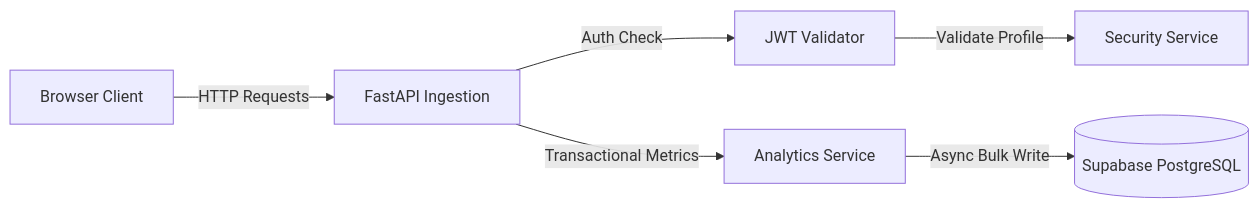
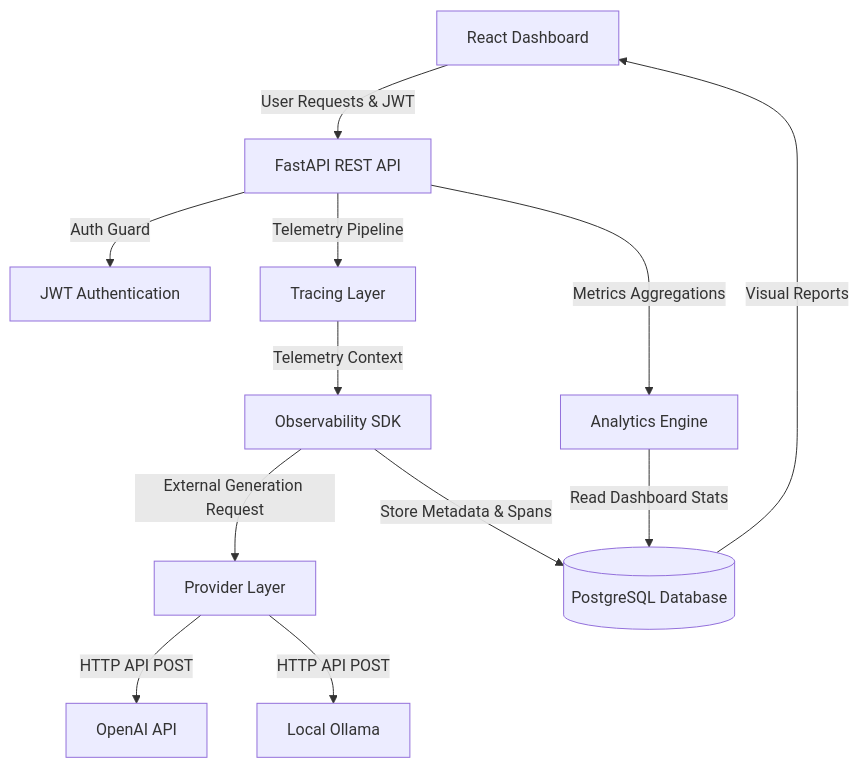
Before and after one commit to Sakshisrivastava01/llm-observability-pipeline: the first of 2 diagrams in README.md, drawn with Mermaid. The commit also changed other lines of this file, not shown here.

Commit message:
docs: align README with actual LLM observability platform

````diff
--- a/README.md
+++ b/README.md
@@ -53,8 +60,14 @@
 ```mermaid
-flowchart LR
-    Browser[Browser Client] -->|HTTP Requests| Gateway[FastAPI Ingestion]
-    Gateway -->|Auth Check| JWT[JWT Validator]
-    JWT -->|Validate Profile| Security[Security Service]
-    Gateway -->|Transactional Metrics| Analytics[Analytics Service]
-    Analytics -->|Async Bulk Write| DB[(Supabase PostgreSQL)]
+flowchart TD
+    Dashboard[React Dashboard] -->|User Requests & JWT| Gateway[FastAPI REST API]
+    Gateway -->|Auth Guard| JWT[JWT Authentication]
+    Gateway -->|Telemetry Pipeline| Tracing[Tracing Layer]
+    Tracing -->|Telemetry Context| SDK[Observability SDK]
+    SDK -->|External Generation Request| Providers[Provider Layer]
+    Providers -->|HTTP API POST| OpenAI[OpenAI API]
+    Providers -->|HTTP API POST| Ollama[Local Ollama]
+    SDK -->|Store Metadata & Spans| DB[(PostgreSQL Database)]
+    Gateway -->|Metrics Aggregations| Analytics[Analytics Engine]
+    Analytics -->|Read Dashboard Stats| DB
+    DB -->|Visual Reports| Dashboard
 ```
````
